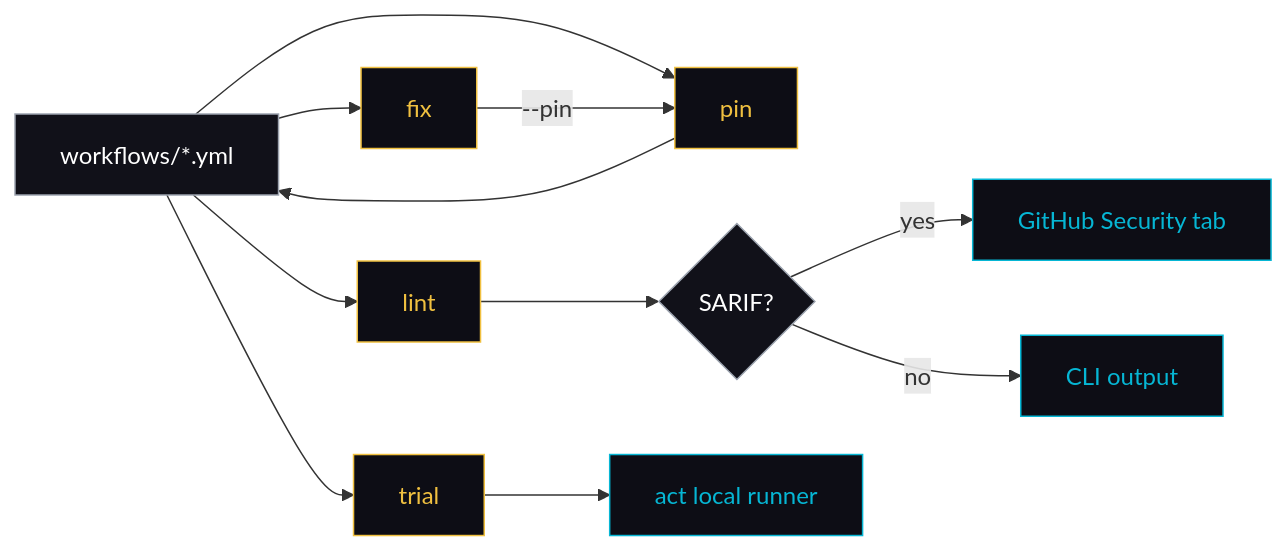
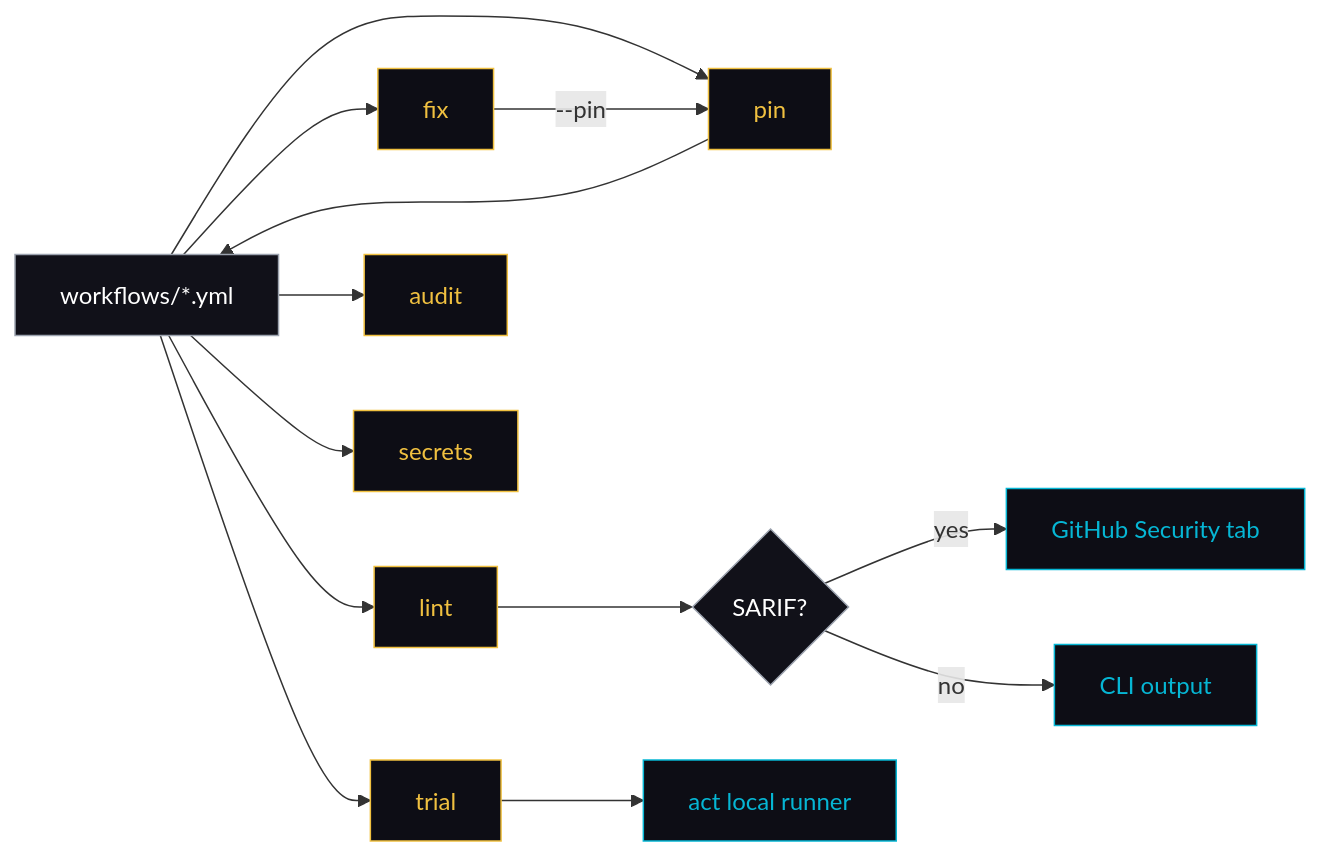
One commit to kdairatchi/ghactor changed the first of 3 diagrams in README.md. Above: the diagram before and after it, drawn with Mermaid. The commit also changed other lines of this file and 134 other files, not shown here.

````diff
--- a/README.md
+++ b/README.md
@@ -44,20 +45,22 @@
 ```mermaid
 flowchart LR
     W["workflows/*.yml"] --> L["lint"]
     W --> F["fix"]
     W --> P["pin"]
     W --> T["trial"]
+    W --> A["audit"]
+    W --> SC["secrets"]
     L --> S{"SARIF?"}
     S -->|yes| GH["GitHub Security tab"]
     S -->|no| C["CLI output"]
     F -->|--pin| P
     P --> W
     T --> ACT["act local runner"]
 
     classDef cmd fill:#0d0d15,stroke:#f0c040,color:#f0c040
     classDef sink fill:#0d0d15,stroke:#06b6d4,color:#06b6d4
     classDef src fill:#111119,stroke:#9ca3af,color:#fff
-    class L,F,P,T cmd
+    class L,F,P,T,A,SC cmd
     class GH,C,ACT sink
     class W,S src
 ```
````
